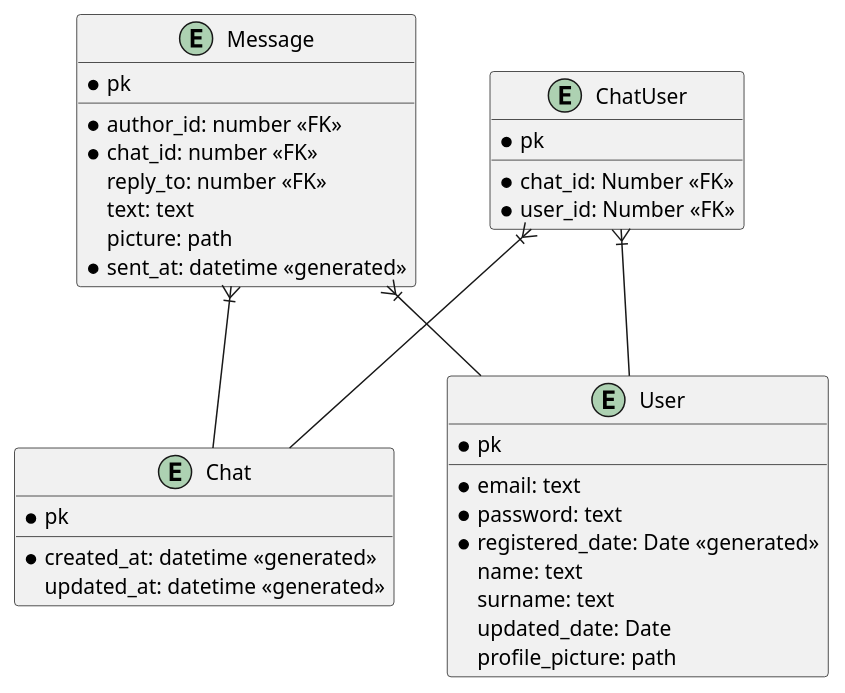
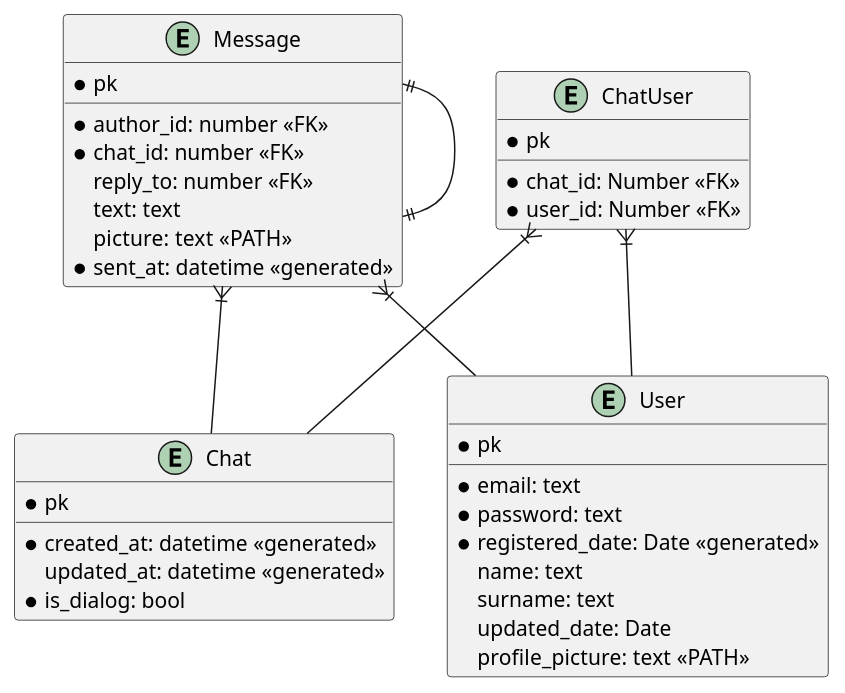
Before and after one commit to TimurGizatullinStckrs/messenger: the diagram in docs/er_diagram/v0.1.0-er_init.puml, drawn with PlantUML.

Commit message:
update er_diagram

```diff
--- a/docs/er_diagram/v0.1.0-er_init.puml
+++ b/docs/er_diagram/v0.1.0-er_init.puml
@@ -1,46 +1,49 @@
 @startuml
 entity Chat {
 * pk
 __
 *created_at: datetime <<generated>>
 updated_at: datetime <<generated>>
+*is_dialog: bool
 }
 
 entity Message {
 * pk
 __
 *author_id: number <<FK>>
 *chat_id: number <<FK>>
 reply_to: number <<FK>>
 text: text
-picture: path
+picture: text <<PATH>>
 *sent_at: datetime <<generated>>
 }
 
 entity User {
 * pk
 __
 *email: text
 *password: text
 *registered_date: Date <<generated>>
 name: text
 surname: text
 updated_date: Date
-profile_picture: path
+profile_picture: text <<PATH>>
 }
 
 entity ChatUser {
 * pk
 __
 * chat_id: Number <<FK>>
 * user_id: Number <<FK>>
 }
 
 
 ChatUser }|-- User
 ChatUser }|-- Chat
 
 
 Message }|-- User
 Message }|-- Chat
+
+Message ||--|| Message
 @enduml
```
